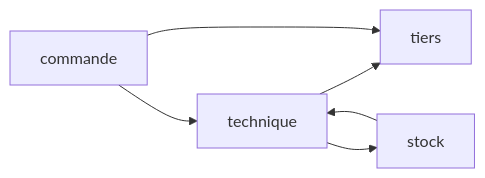
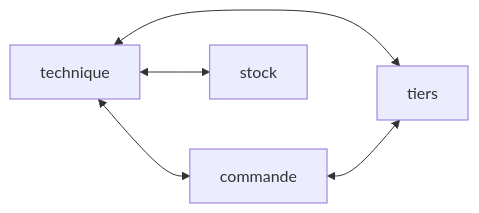
Before and after one commit to AymericLesert/Syncytium: the first of 4 diagrams in docs/documentation.md, drawn with Mermaid. The commit also changed other lines of this file and 2 other files, not shown here.

````diff
--- a/docs/documentation.md
+++ b/docs/documentation.md
@@ -1056,12 +1061,11 @@
 ```mermaid
 flowchart LR
   technique[technique]
   tiers[tiers]
   commande[commande]
   stock[stock]
-  technique --> tiers
-  technique --> stock
-  commande --> technique
-  commande --> tiers
-  stock --> technique
+  technique <--> tiers
+  technique <--> stock
+  technique <--> commande
+  commande <--> tiers
 ```
````
